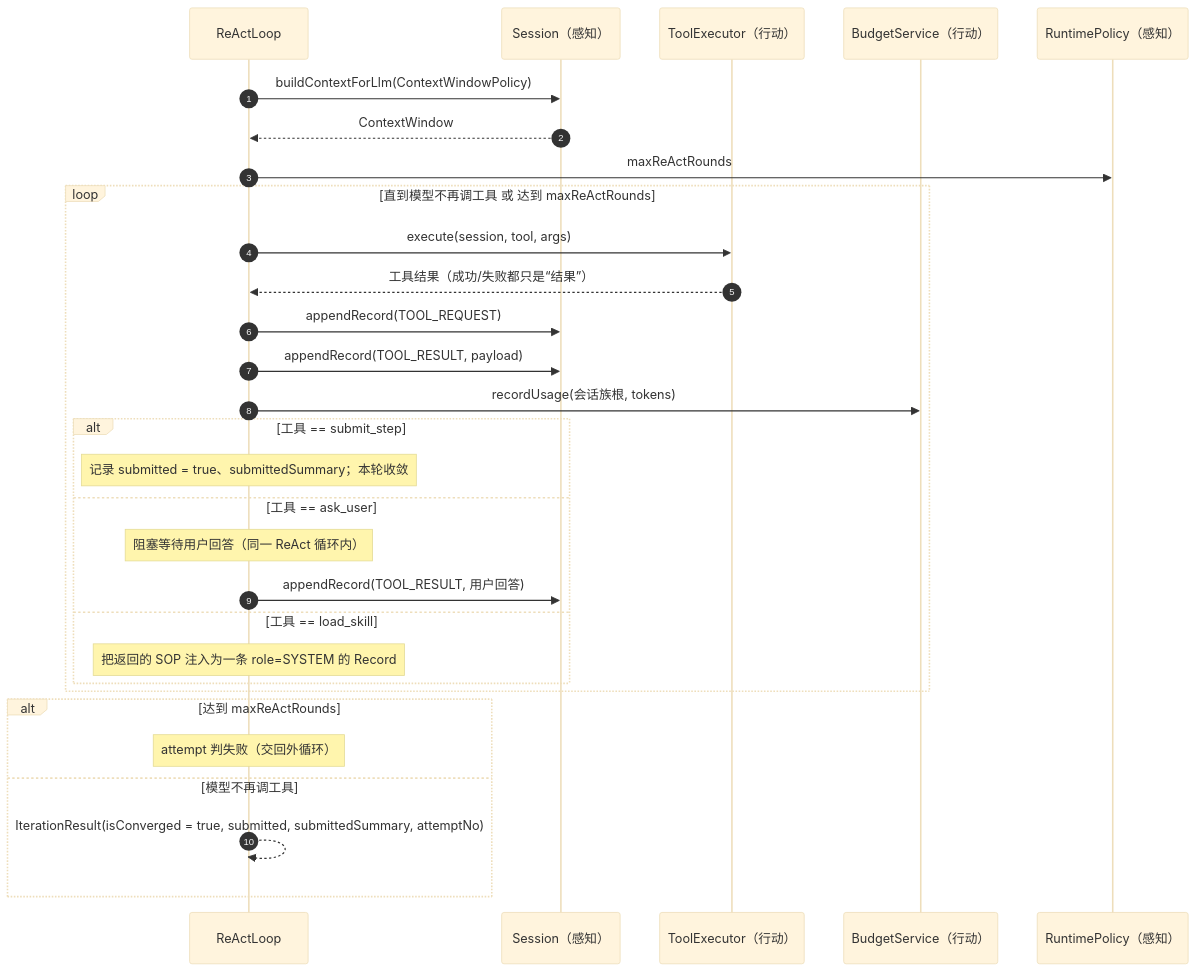
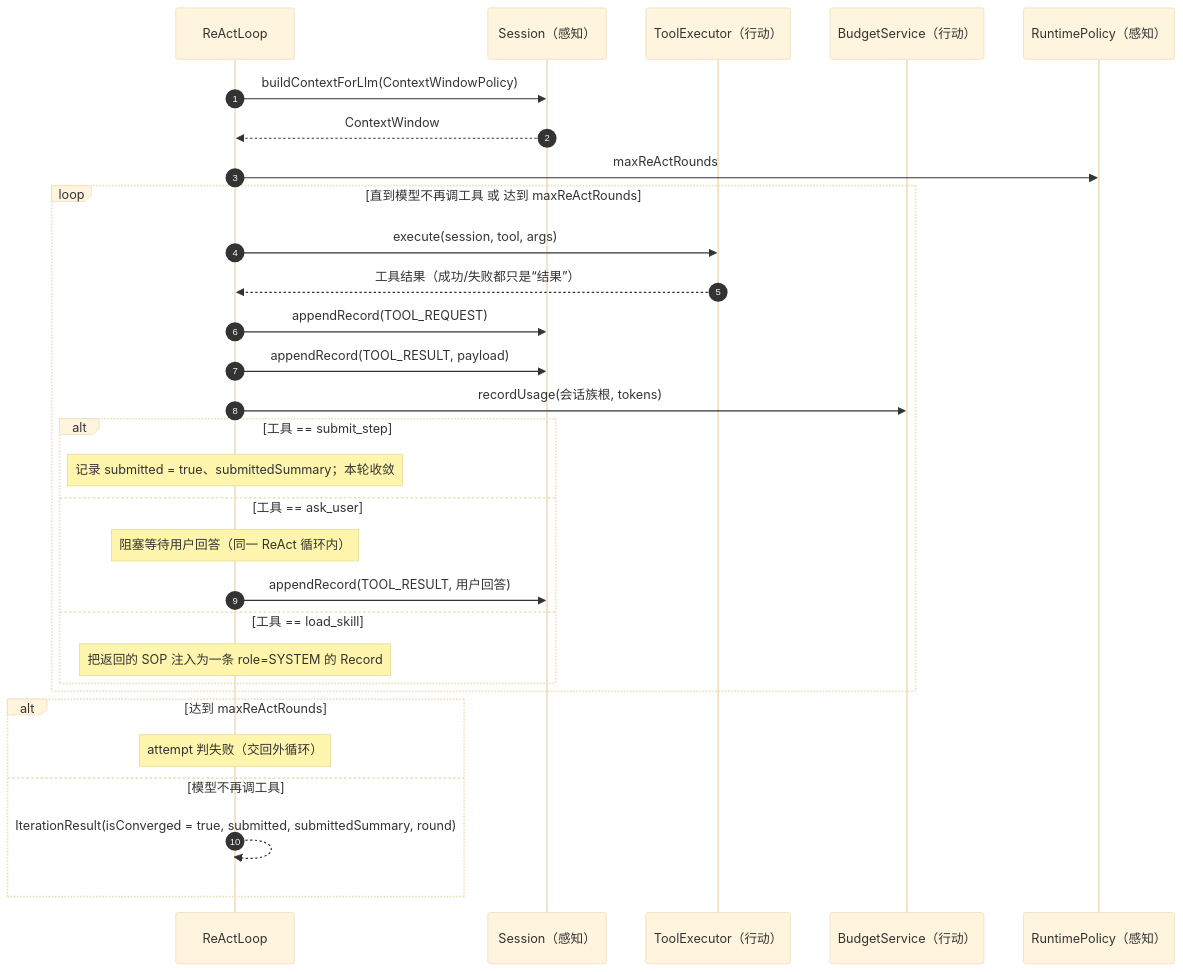
The fourth of 6 diagrams in model/模块-规划.md (zcd0831/Jellyfish-Docs), drawn with Mermaid (base theme) before and after one commit. The commit also changed other lines of this file and 16 other files, not shown here.

````diff
--- a/model/模块-规划.md
+++ b/model/模块-规划.md
@@ -468,33 +500,33 @@
 ```mermaid
 sequenceDiagram
     autonumber
     participant IL as ReActLoop
     participant S as Session（感知）
     participant TE as ToolExecutor（行动）
     participant BS as BudgetService（行动）
     participant RP as RuntimePolicy（感知）
 
     IL->>S: buildContextForLlm(ContextWindowPolicy)
     S-->>IL: ContextWindow
     IL->>RP: maxReActRounds
     loop 直到模型不再调工具 或 达到 maxReActRounds
         IL->>TE: execute(session, tool, args)
         TE-->>IL: 工具结果（成功/失败都只是“结果”）
         IL->>S: appendRecord(TOOL_REQUEST)
         IL->>S: appendRecord(TOOL_RESULT, payload)
         IL->>BS: recordUsage(会话族根, tokens)
         alt 工具 == submit_step
             Note over IL: 记录 submitted = true、submittedSummary；本轮收敛
         else 工具 == ask_user
             Note over IL: 阻塞等待用户回答（同一 ReAct 循环内）
             IL->>S: appendRecord(TOOL_RESULT, 用户回答)
         else 工具 == load_skill
             Note over IL: 把返回的 SOP 注入为一条 role=SYSTEM 的 Record
         end
     end
     alt 达到 maxReActRounds
         Note over IL: attempt 判失败（交回外循环）
     else 模型不再调工具
-        IL-->>IL: IterationResult(isConverged = true, submitted, submittedSummary, attemptNo)
+        IL-->>IL: IterationResult(isConverged = true, submitted, submittedSummary, round)
     end
 ```
````
